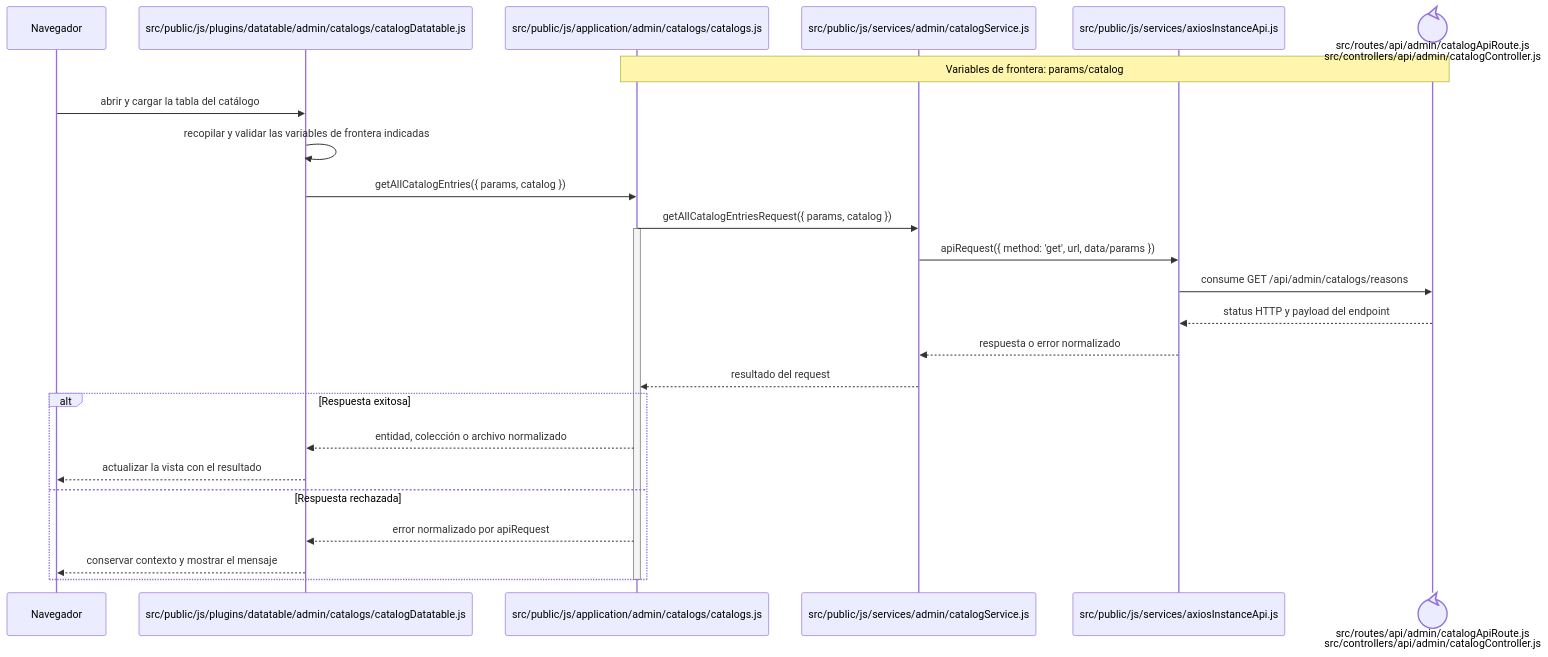
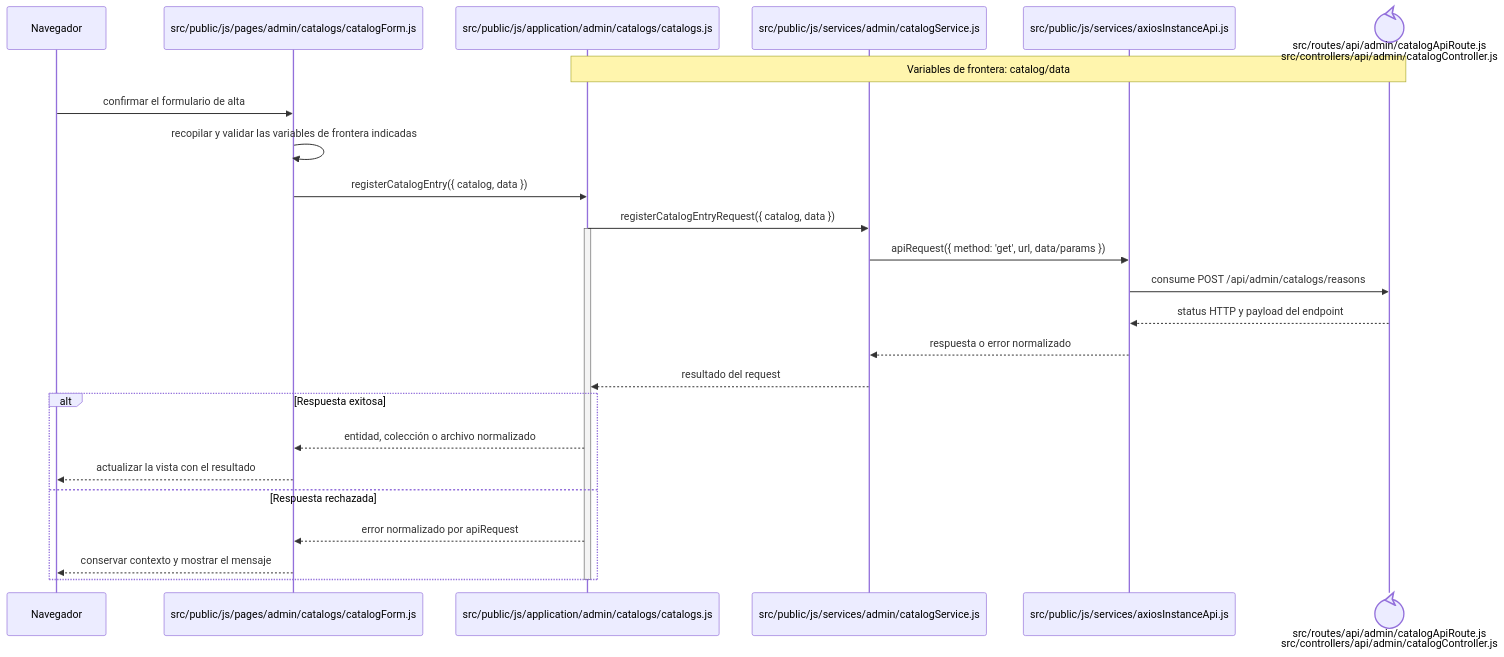
One commit to gpgsistemas01/nexus changed the diagram in docs/architecture/frontend-code-sequences/catalogs/cu-cat-22.md. Above: the diagram before and after it, drawn with Mermaid. The commit also changed other lines of this file and 167 other files, not shown here.

````diff
--- a/docs/architecture/frontend-code-sequences/catalogs/cu-cat-22.md
+++ b/docs/architecture/frontend-code-sequences/catalogs/cu-cat-22.md
@@ -6,29 +6,29 @@
 ```mermaid
 sequenceDiagram
     participant Browser as Navegador
-    participant View as src/public/js/plugins/datatable/admin/catalogs/catalogDatatable.js
+    participant View as src/public/js/pages/admin/catalogs/catalogForm.js
     participant Application as src/public/js/application/admin/catalogs/catalogs.js
     participant Request as src/public/js/services/admin/catalogService.js
     participant HTTP as src/public/js/services/axiosInstanceApi.js
     participant Transport@{ "type": "control" } as src/routes/api/admin/catalogApiRoute.js<br/>src/controllers/api/admin/catalogController.js
-    Note over Application,Transport: Variables de frontera: params/catalog
+    Note over Application,Transport: Variables de frontera: catalog/data
 
-    Browser->>View: abrir y cargar la tabla del catálogo
+    Browser->>View: confirmar el formulario de alta
     View->>View: recopilar y validar las variables de frontera indicadas
-    View->>Application: getAllCatalogEntries({ params, catalog })
-    Application->>Request: getAllCatalogEntriesRequest({ params, catalog })
+    View->>Application: registerCatalogEntry({ catalog, data })
+    Application->>Request: registerCatalogEntryRequest({ catalog, data })
     activate Application
     Request->>HTTP: apiRequest({ method: 'get', url, data/params })
-    HTTP->>Transport: consume GET /api/admin/catalogs/reasons
+    HTTP->>Transport: consume POST /api/admin/catalogs/reasons
     Transport-->>HTTP: status HTTP y payload del endpoint
     HTTP-->>Request: respuesta o error normalizado
     Request-->>Application: resultado del request
     alt Respuesta exitosa
         Application-->>View: entidad, colección o archivo normalizado
         View-->>Browser: actualizar la vista con el resultado
     else Respuesta rechazada
         Application-->>View: error normalizado por apiRequest
         View-->>Browser: conservar contexto y mostrar el mensaje
     end
     deactivate Application
 ```
````
